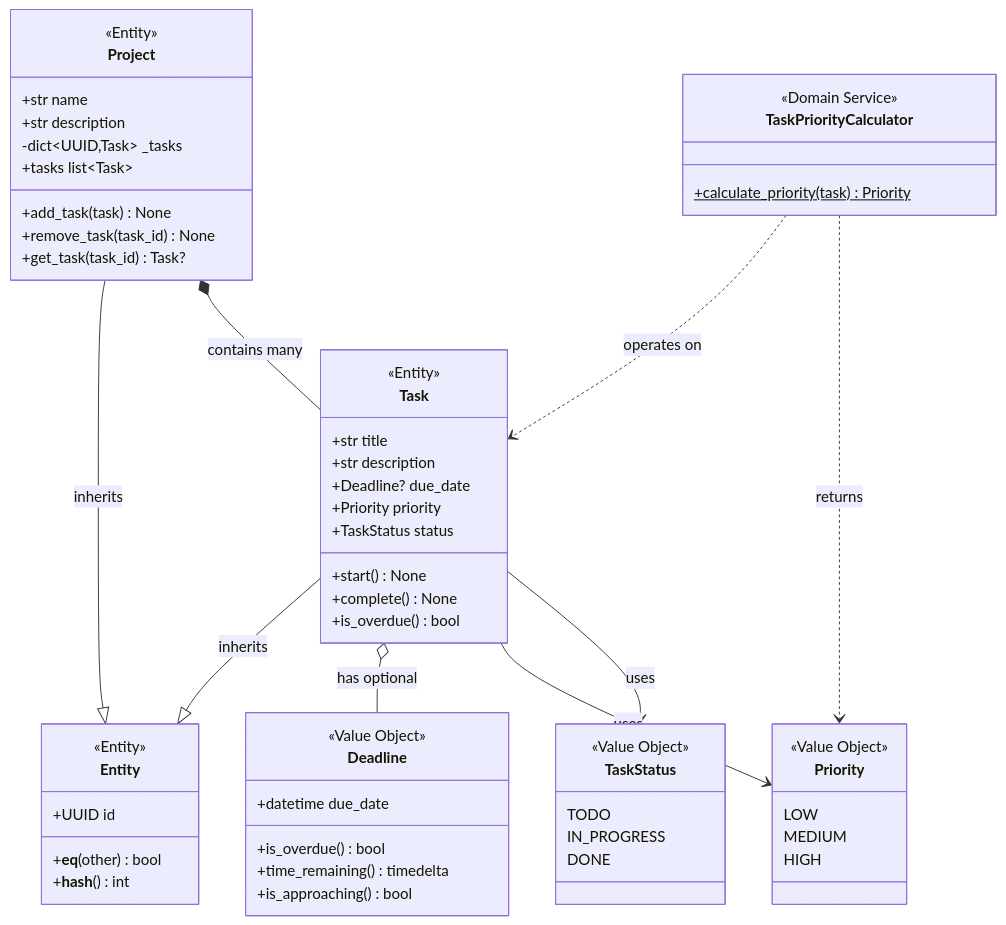
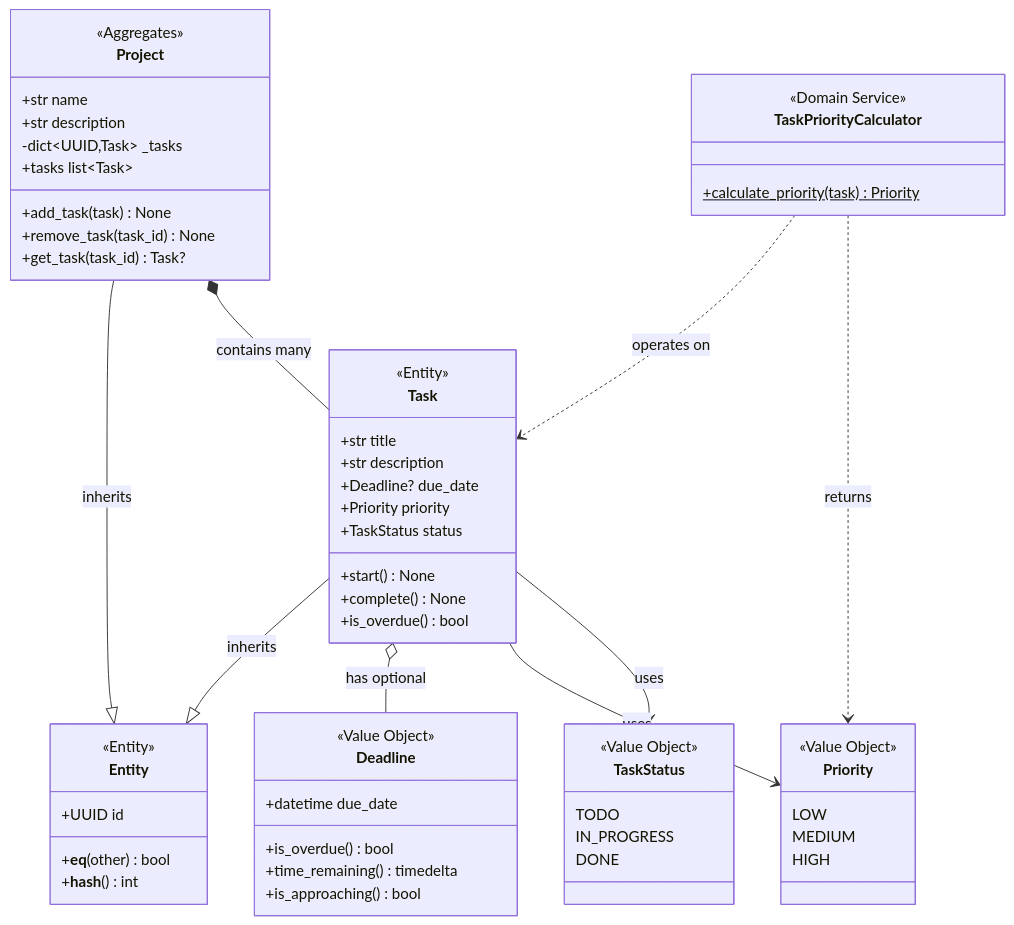
The diagram in contents/python-pattern/py-ddd.qmd (Lightbridge-KS/design-patterns), drawn with Mermaid before and after one commit. The commit also changed other lines of this file, not shown here.

Commit message:
Update Project class to reflect Aggregates and add Aggregates section in DDD overview

````diff
--- a/contents/python-pattern/py-ddd.qmd
+++ b/contents/python-pattern/py-ddd.qmd
@@ -24,72 +24,72 @@
 ```{mermaid}
 classDiagram
     %% Entities
     class Entity {
         <<Entity>>
         +UUID id
         +__eq__(other) bool
         +__hash__() int
     }
 
     class Task {
         <<Entity>>
         +str title
         +str description
         +Deadline? due_date
         +Priority priority
         +TaskStatus status
         +start() None
         +complete() None
         +is_overdue() bool
     }
 
     class Project {
-        <<Entity>>
+        <<Aggregates>>
         +str name
         +str description
         -dict~UUID,Task~ _tasks
         +add_task(task) None
         +remove_task(task_id) None
         +get_task(task_id) Task?
         +tasks list~Task~
     }
 
     %% Value Objects
     class TaskStatus {
         <<Value Object>>
         TODO
         IN_PROGRESS
         DONE
     }
 
     class Priority {
         <<Value Object>>
         LOW
         MEDIUM
         HIGH
     }
 
     class Deadline {
         <<Value Object>>
         +datetime due_date
         +is_overdue() bool
         +time_remaining() timedelta
         +is_approaching() bool
     }
 
     %% Domain Services
     class TaskPriorityCalculator {
         <<Domain Service>>
         +calculate_priority(task)$ Priority
     }
 
     %% Relationships
     Task --|> Entity : inherits
     Project --|> Entity : inherits
     Task o-- Deadline : has optional
     Task --> Priority : uses
     Task --> TaskStatus : uses
     Project *-- Task : contains many
     TaskPriorityCalculator ..> Task : operates on
     TaskPriorityCalculator ..> Priority : returns
 ```
````
